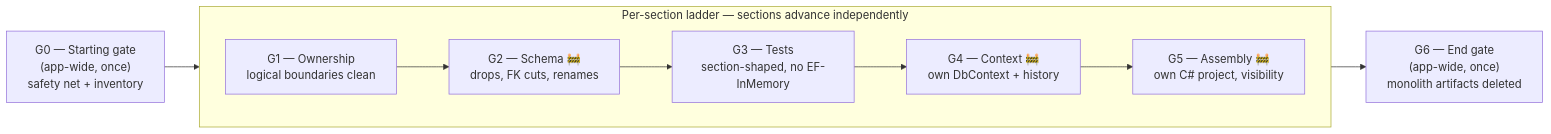
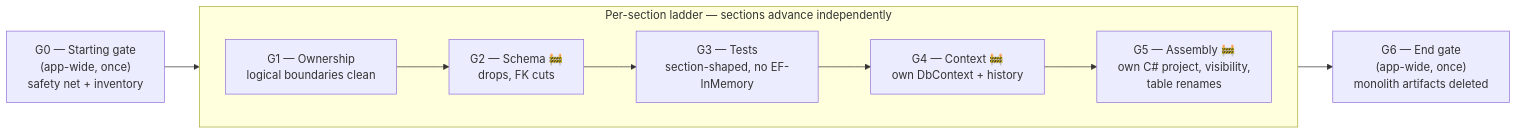
The first of 3 diagrams in docs/plans/2026-06-13-q3-transition-plan.md (peterdrier/Humans), drawn with Mermaid before and after one commit. The commit also changed other lines of this file and 1 other file, not shown here.

````diff
--- a/docs/plans/2026-06-13-q3-transition-plan.md
+++ b/docs/plans/2026-06-13-q3-transition-plan.md
@@ -65,16 +66,16 @@
 ```mermaid
 flowchart LR
     G0["G0 — Starting gate<br/>(app-wide, once)<br/>safety net + inventory"]
     subgraph ladder ["Per-section ladder — sections advance independently"]
         direction LR
         G1["G1 — Ownership<br/>logical boundaries clean"]
-        G2["G2 — Schema 🚧<br/>drops, FK cuts, renames"]
+        G2["G2 — Schema 🚧<br/>drops, FK cuts"]
         G3["G3 — Tests<br/>section-shaped, no EF-InMemory"]
         G4["G4 — Context 🚧<br/>own DbContext + history"]
-        G5["G5 — Assembly 🚧<br/>own C# project, visibility"]
+        G5["G5 — Assembly 🚧<br/>own C# project, visibility,<br/>table renames"]
         G1 --> G2 --> G3 --> G4 --> G5
     end
     G6["G6 — End gate<br/>(app-wide, once)<br/>monolith artifacts deleted"]
     G0 --> G1
     G5 --> G6
 ```
````
